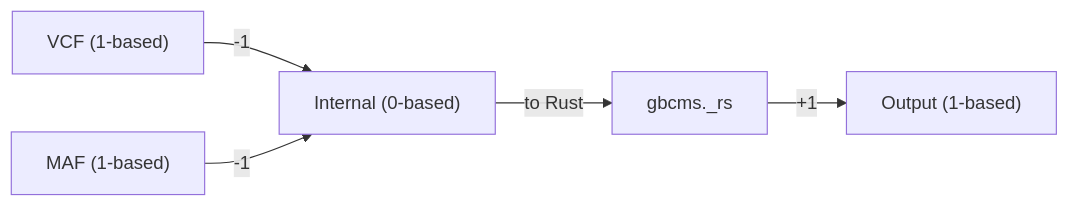
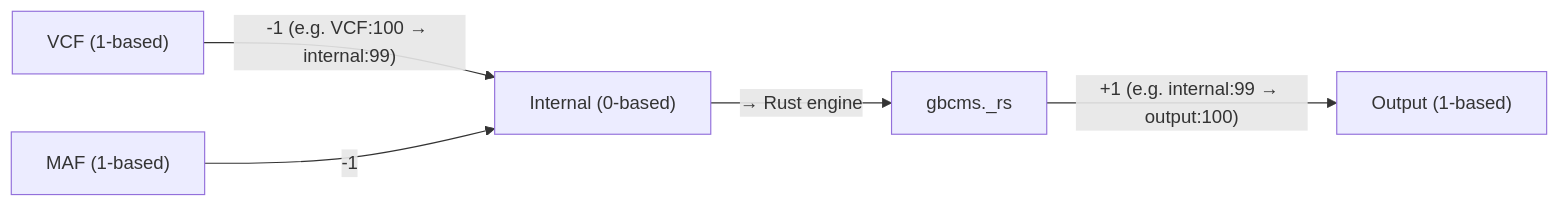
The fourth of 6 diagrams in docs/reference/architecture.md (msk-access/gbcms), drawn with Mermaid before and after one commit. The commit also changed other lines of this file and 9 other files, not shown here.

````diff
--- a/docs/reference/architecture.md
+++ b/docs/reference/architecture.md
@@ -75,7 +119,7 @@
 ```mermaid
 flowchart LR
-    VCF["VCF (1-based)"] -->|"-1"| Internal["Internal (0-based)"]
+    VCF["VCF (1-based)"] -->|"-1 (e.g. VCF:100 → internal:99)"| Internal["Internal (0-based)"]
     MAF["MAF (1-based)"] -->|"-1"| Internal
-    Internal -->|"to Rust"| Rust["gbcms._rs"]
-    Rust -->|"+1"| Output["Output (1-based)"]
+    Internal -->|"→ Rust engine"| Rust["gbcms._rs"]
+    Rust -->|"+1 (e.g. internal:99 → output:100)"| Output["Output (1-based)"]
 ```
````
